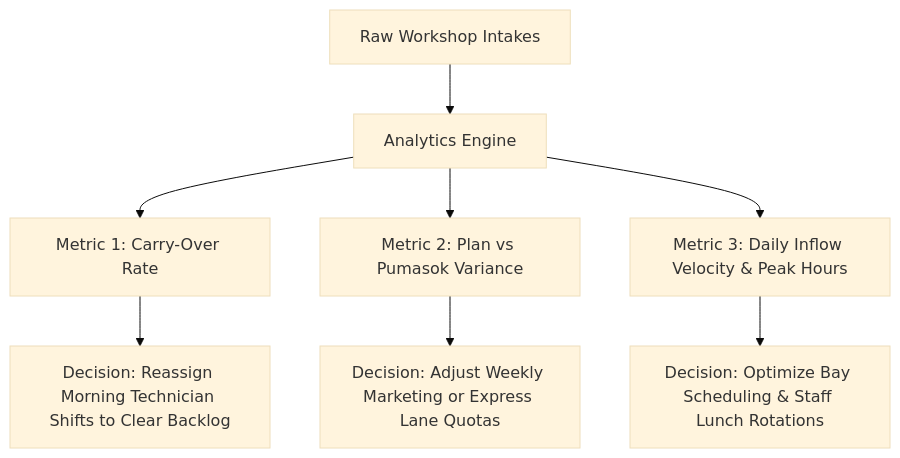
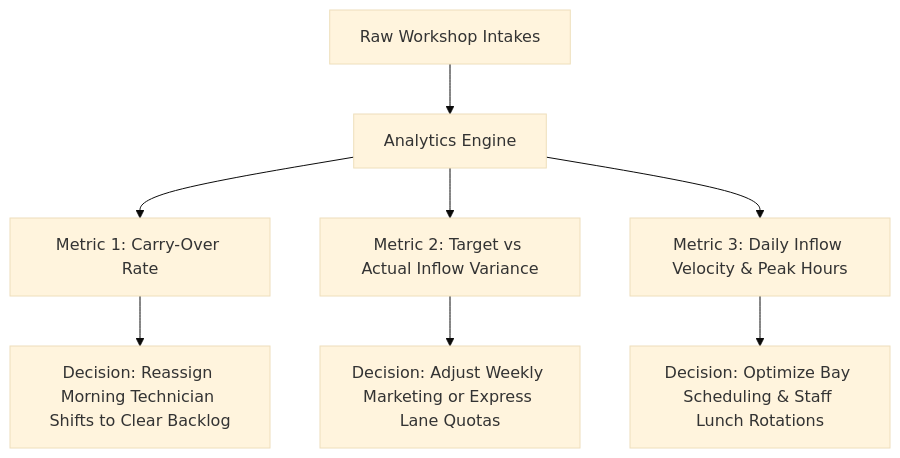
The diagram in Hontech Documentation/Technical/HONTECH_EXECUTIVE_REPORTING_AND_DECISION_MAKING_PLAN.md (Justin-stack101/Hontech_Main_Active_Development_PHP_SQL), drawn with Mermaid (base theme) before and after one commit. The commit also changed other lines of this file and 3 other files, not shown here.

````diff
--- a/Hontech Documentation/Technical/HONTECH_EXECUTIVE_REPORTING_AND_DECISION_MAKING_PLAN.md
+++ b/Hontech Documentation/Technical/HONTECH_EXECUTIVE_REPORTING_AND_DECISION_MAKING_PLAN.md
@@ -24,11 +24,11 @@
 ```mermaid
 graph TD
     A[Raw Workshop Intakes] --> B[Analytics Engine]
     B --> C[Metric 1: Carry-Over Rate]
-    B --> D[Metric 2: Plan vs Pumasok Variance]
+    B --> D[Metric 2: Target vs Actual Inflow Variance]
     B --> E[Metric 3: Daily Inflow Velocity & Peak Hours]
     
     C --> F[Decision: Reassign Morning Technician Shifts to Clear Backlog]
     D --> G[Decision: Adjust Weekly Marketing or Express Lane Quotas]
     E --> H[Decision: Optimize Bay Scheduling & Staff Lunch Rotations]
 ```
````
